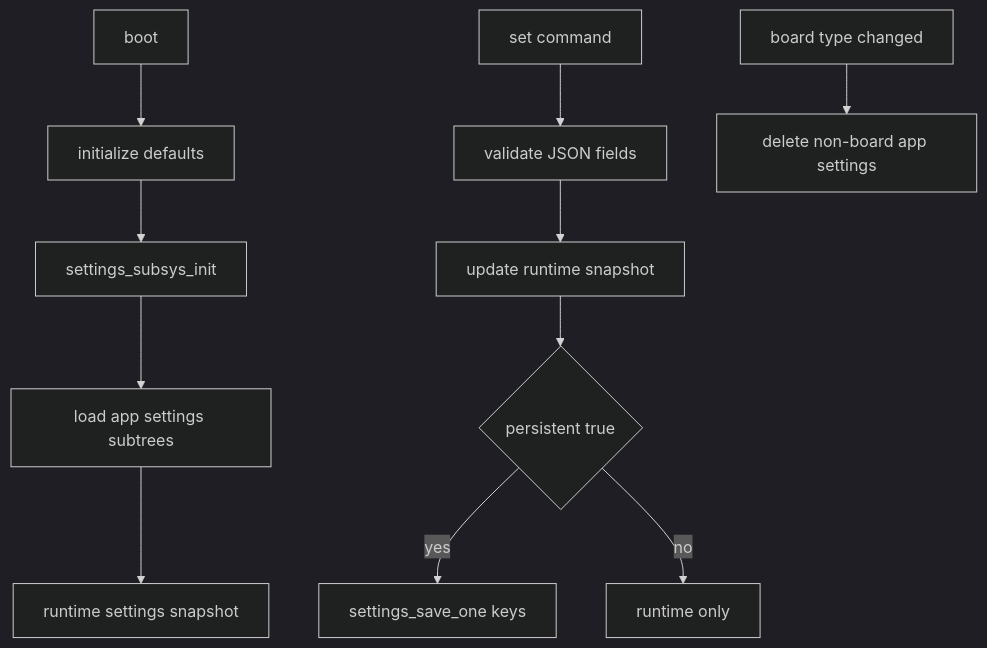
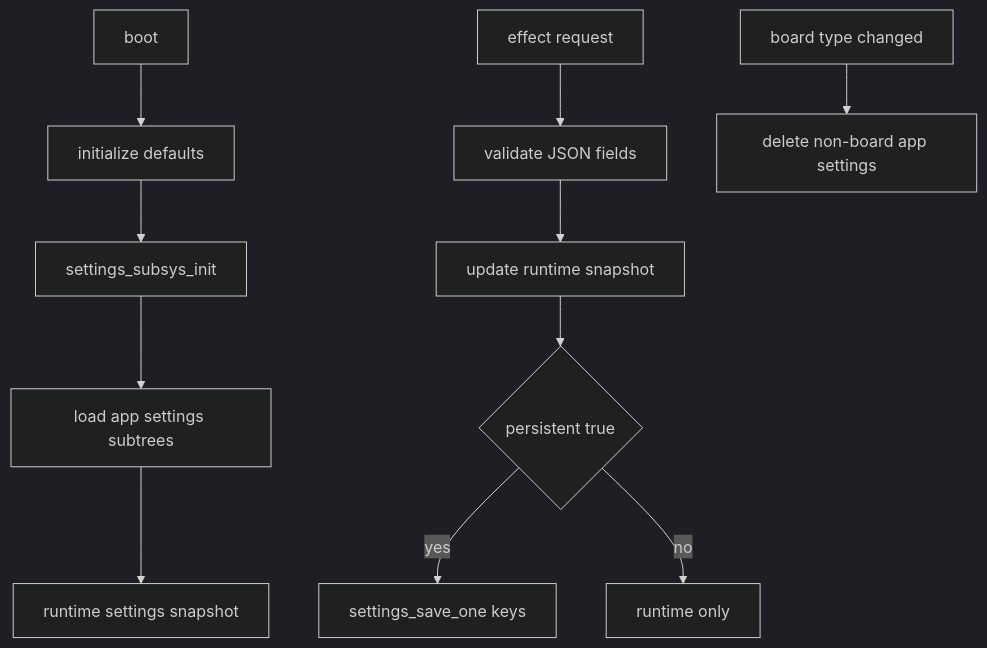
One commit to COO-Utilities/hispec-tib changed diagram 13 of 17 in doc/diagrams.md. Above: the diagram before and after it, drawn with Mermaid (dark theme). The commit also changed other lines of this file and 5 other files, not shown here.

Commit message:
Refactor command documentation: update query/effect request distinctions, improve classification clarity, and align with schema-standard naming.

````diff
--- a/doc/diagrams.md
+++ b/doc/diagrams.md
@@ -241,13 +241,13 @@
 ```mermaid
 flowchart TD
   Boot[boot] --> Defaults[initialize defaults]
   Defaults --> Subsys[settings_subsys_init]
   Subsys --> Load[load app settings subtrees]
   Load --> Runtime[runtime settings snapshot]
-  Command[set command] --> Parse[validate JSON fields]
+  Command[effect request] --> Parse[validate JSON fields]
   Parse --> Update[update runtime snapshot]
   Update --> Persist{persistent true}
   Persist -- yes --> Save[settings_save_one keys]
   Persist -- no --> Volatile[runtime only]
   BoardChange[board type changed] --> Clear[delete non-board app settings]
 ```
````
